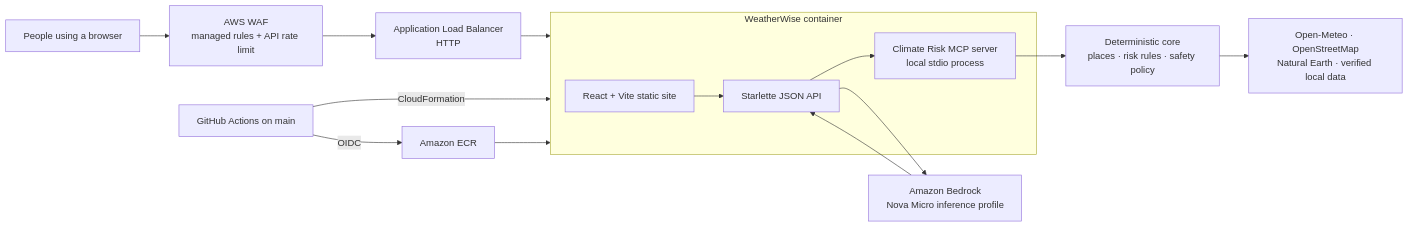
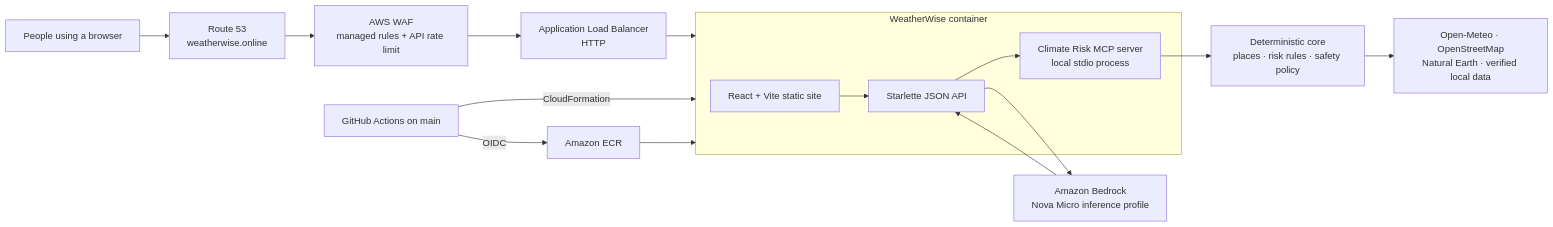
One commit to princebirring/weatherwise changed the diagram in infra/ARCHITECTURE.md. Above: the diagram before and after it, drawn with Mermaid. The commit also changed other lines of this file and 4 other files, not shown here.

````diff
--- a/infra/ARCHITECTURE.md
+++ b/infra/ARCHITECTURE.md
@@ -5,23 +5,24 @@
 ```mermaid
 flowchart LR
-    U[People using a browser] --> WAF[AWS WAF\nmanaged rules + API rate limit]
+    U[People using a browser] --> DNS[Route 53\nweatherwise.online]
+    DNS --> WAF[AWS WAF\nmanaged rules + API rate limit]
     WAF --> ALB[Application Load Balancer\nHTTP]
     ALB --> ECS[ECS Fargate task\nWeatherWise container :8080]
 
     subgraph ECS[WeatherWise container]
         WEB[React + Vite static site]
         API[Starlette JSON API]
         MCP[Climate Risk MCP server\nlocal stdio process]
         WEB --> API
         API --> MCP
     end
 
     MCP --> CORE[Deterministic core\nplaces · risk rules · safety policy]
     CORE --> DATA[Open-Meteo · OpenStreetMap\nNatural Earth · verified local data]
     API --> BEDROCK[Amazon Bedrock\nNova Micro inference profile]
     BEDROCK --> API
 
     GH[GitHub Actions on main] -->|OIDC| ECR[Amazon ECR]
     GH -->|CloudFormation| ECS
     ECR --> ECS
 ```
````
